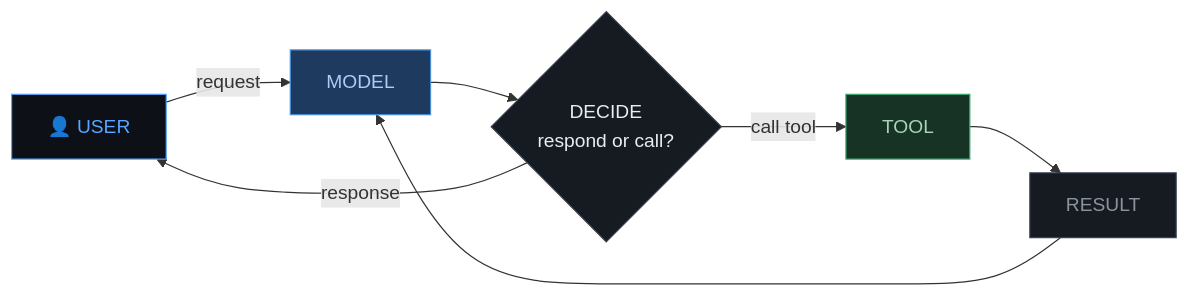
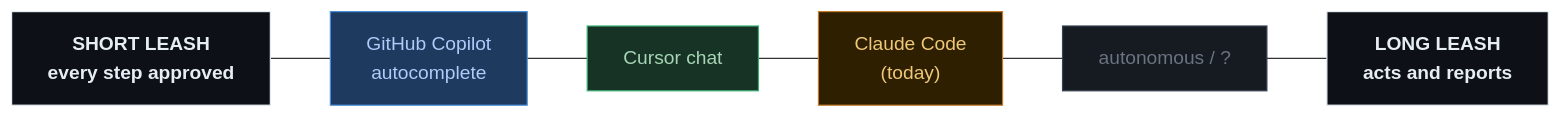
Before and after one commit to jaszczook/your-next-feature-might-need-an-agent: the second of 2 diagrams in slides/section2.md, drawn with Mermaid. The commit also changed other lines of this file and 7 other files, not shown here.

````diff
--- a/slides/section2.md
+++ b/slides/section2.md
@@ -13,18 +40,17 @@
 ```mermaid
 flowchart LR
-  classDef user fill:#0d1117,stroke:#58a6ff,color:#58a6ff
-  classDef model fill:#1e3a5f,stroke:#4a90d9,color:#aecbfa
-  classDef decide fill:#161b22,stroke:#374151,color:#e6edf3
-  classDef tool fill:#173326,stroke:#3cad72,color:#a8d5b5
-  classDef result fill:#161b22,stroke:#374151,color:#8b949e
+    S["SHORT LEASH\nevery step approved"]:::ep
+    A["GitHub Copilot\nautocomplete"]:::blue
+    B["Cursor chat"]:::green
+    C["Claude Code\n(today)"]:::orange
+    D["autonomous / ?"]:::dim
+    L["LONG LEASH\nacts and reports"]:::ep
 
-  U["👤 USER"]:::user
-  M["MODEL"]:::model
-  D{"DECIDE\nrespond or call?"}:::decide
-  T["TOOL"]:::tool
-  R["RESULT"]:::result
+    S --- A --- B --- C --- D --- L
 
-  U --"request"--> M --> D
-  D --"call tool"--> T --> R --> M
-  D --"response"--> U
+    classDef ep fill:#0d1117,stroke:#e6edf3,color:#e6edf3,font-weight:700
+    classDef blue fill:#1e3a5f,stroke:#4a90d9,color:#aecbfa
+    classDef green fill:#173326,stroke:#3cad72,color:#a8d5b5
+    classDef orange fill:#2d1f00,stroke:#c47b2a,color:#f0c87a
+    classDef dim fill:#161b22,stroke:#374151,color:#6b7280
 ```
````
